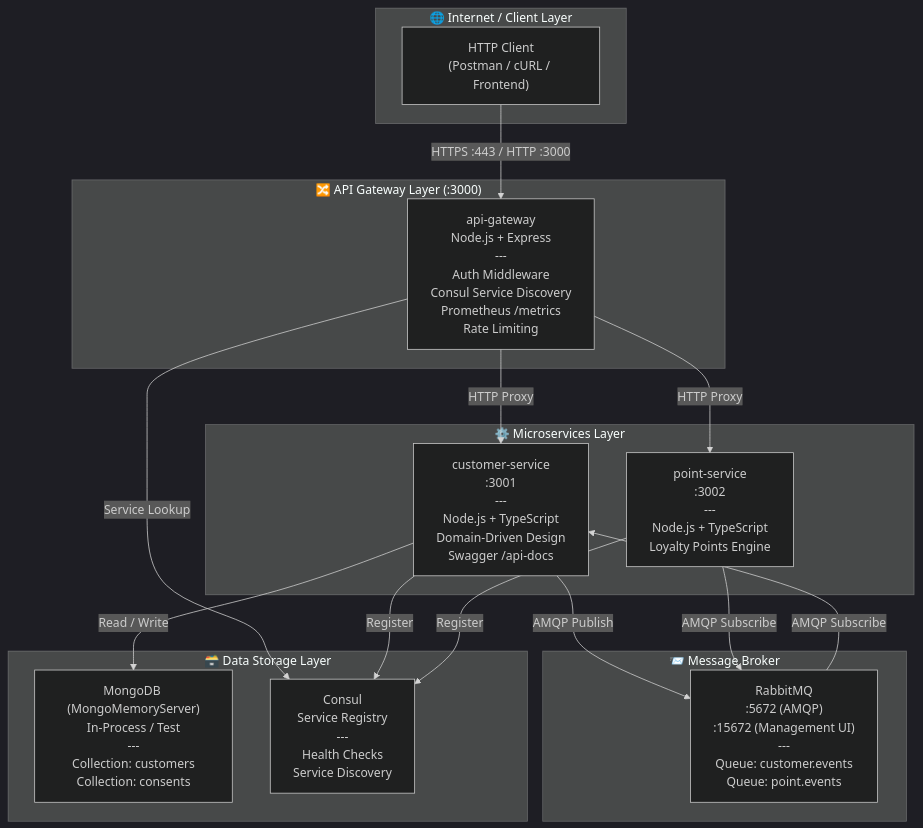
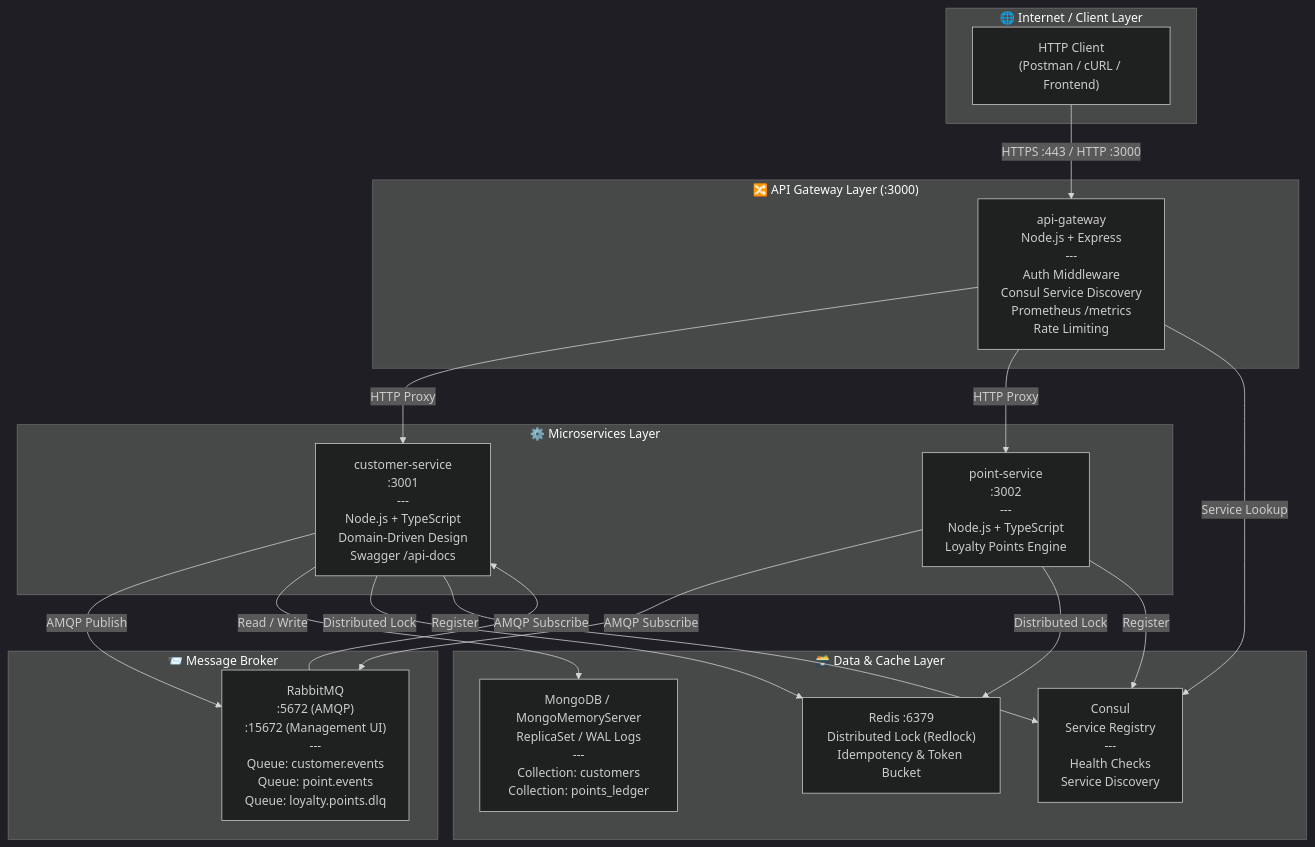
Before and after one commit to Horizon-55/System-loyalty-customers-backend: the first of 2 diagrams in docs/architecture/isd.md, drawn with Mermaid (dark theme). The commit also changed other lines of this file and 4 other files, not shown here.

````diff
--- a/docs/architecture/isd.md
+++ b/docs/architecture/isd.md
@@ -38,37 +30,41 @@
 ```mermaid
 flowchart TD
     subgraph Internet["🌐 Internet / Client Layer"]
         HC["HTTP Client\n(Postman / cURL / Frontend)"]
     end
 
     subgraph Gateway["🔀 API Gateway Layer (:3000)"]
         AG["api-gateway\nNode.js + Express\n---\nAuth Middleware\nConsul Service Discovery\nPrometheus /metrics\nRate Limiting"]
     end
 
     subgraph Services["⚙️ Microservices Layer"]
         CS["customer-service\n:3001\n---\nNode.js + TypeScript\nDomain-Driven Design\nSwagger /api-docs"]
         
         PS["point-service\n:3002\n---\nNode.js + TypeScript\nLoyalty Points Engine"]
     end
 
     subgraph Messaging["📨 Message Broker"]
-        RMQ["RabbitMQ\n:5672 (AMQP)\n:15672 (Management UI)\n---\nQueue: customer.events\nQueue: point.events"]
+        RMQ["RabbitMQ\n:5672 (AMQP)\n:15672 (Management UI)\n---\nQueue: customer.events\nQueue: point.events\nQueue: loyalty.points.dlq"]
     end
 
-    subgraph Storage["🗃️ Data Storage Layer"]
-        MDB["MongoDB (MongoMemoryServer)\nIn-Process / Test\n---\nCollection: customers\nCollection: consents"]
+    subgraph Storage["🗃️ Data & Cache Layer"]
+        MDB["MongoDB / MongoMemoryServer\nReplicaSet / WAL Logs\n---\nCollection: customers\nCollection: points_ledger"]
+        
+        REDIS["Redis :6379\nDistributed Lock (Redlock)\nIdempotency & Token Bucket"]
         
         CONSUL["Consul\nService Registry\n---\nHealth Checks\nService Discovery"]
     end
 
     HC -->|"HTTPS :443 / HTTP :3000"| AG
     AG -->|"HTTP Proxy"| CS
     AG -->|"HTTP Proxy"| PS
     AG -->|"Service Lookup"| CONSUL
     CS -->|"AMQP Publish"| RMQ
     PS -->|"AMQP Subscribe"| RMQ
     RMQ -->|"AMQP Subscribe"| CS
     CS -->|"Read / Write"| MDB
+    CS -->|"Distributed Lock"| REDIS
+    PS -->|"Distributed Lock"| REDIS
     CS -->|"Register"| CONSUL
     PS -->|"Register"| CONSUL
 ```
````
